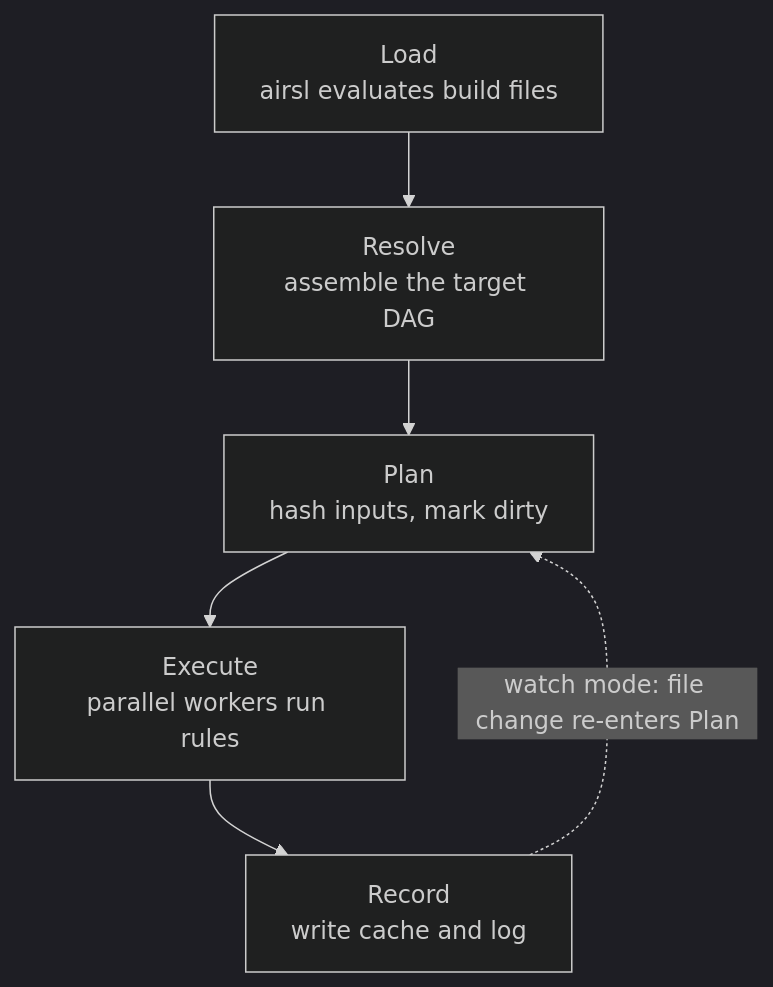
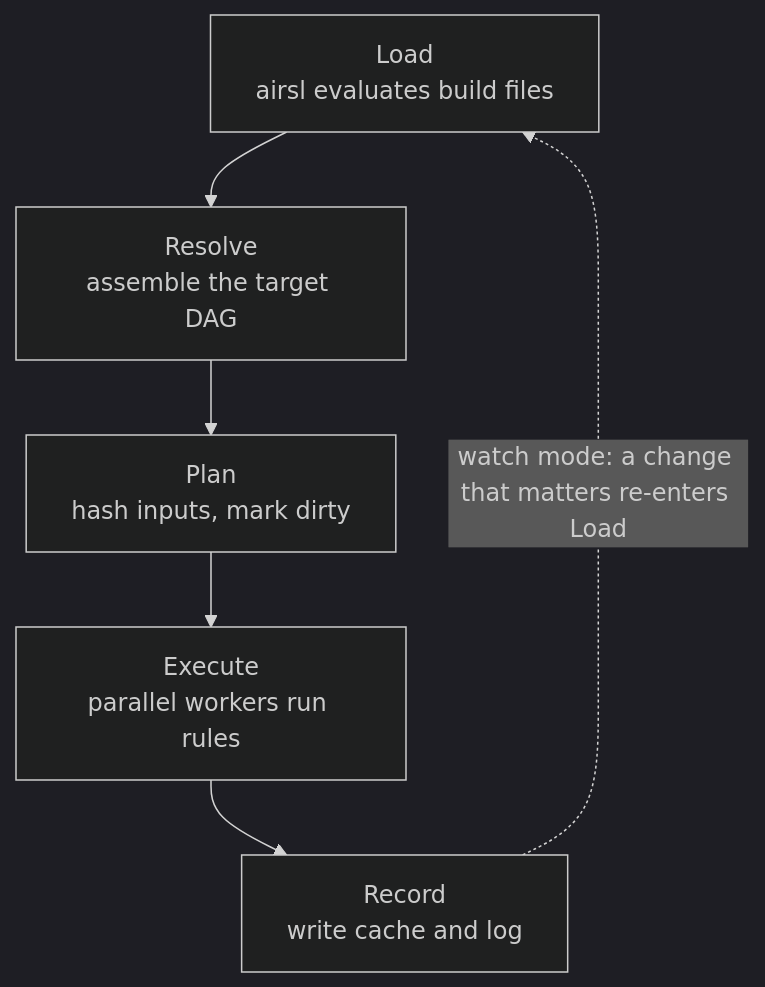
One commit to airsstack/buildl changed the third of 14 diagrams in docs/design.md. Above: the diagram before and after it, drawn with Mermaid (dark theme). The commit also changed other lines of this file and 57 other files, not shown here.

First line of the commit message:
feat(repo): watch mode (#18)

````diff
--- a/docs/design.md
+++ b/docs/design.md
@@ -276,9 +276,9 @@
 ```mermaid
 %% Build workflow phases
 flowchart TD
     L["Load<br/>airsl evaluates build files"] --> R["Resolve<br/>assemble the target DAG"]
     R --> P["Plan<br/>hash inputs, mark dirty"]
     P --> X["Execute<br/>parallel workers run rules"]
     X --> REC["Record<br/>write cache and log"]
-    REC -. "watch mode: file change re-enters Plan" .-> P
+    REC -. "watch mode: a change that matters re-enters Load" .-> L
 ```
````
